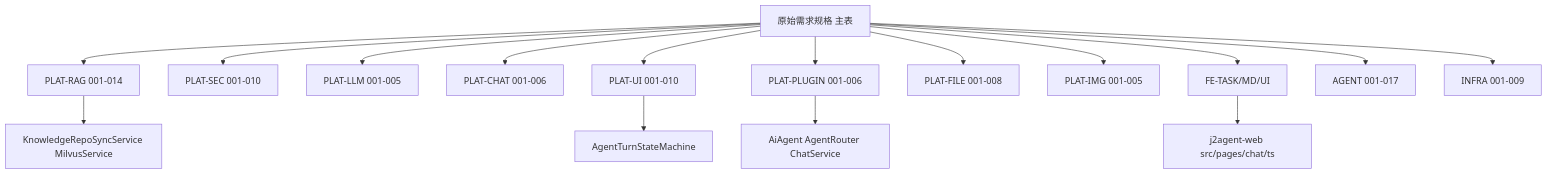
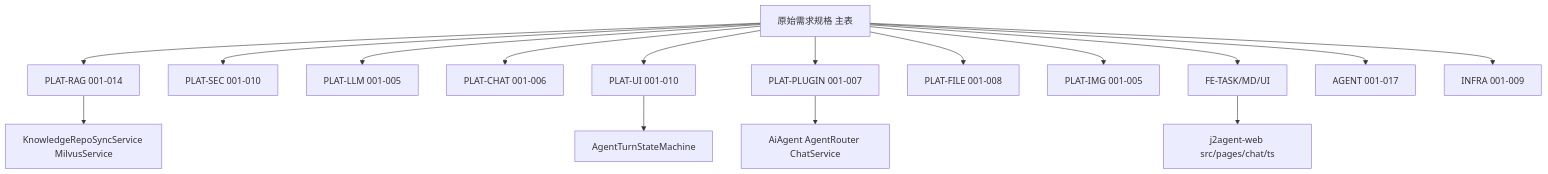
One commit to j2agent-ai/j2agent-docs changed the diagram in 原始需求规格/README.md. Above: the diagram before and after it, drawn with Mermaid. The commit also changed other lines of this file and 3 other files, not shown here.

````diff
--- a/原始需求规格/README.md
+++ b/原始需求规格/README.md
@@ -106,19 +109,19 @@
 ```mermaid
 flowchart TB
   main[原始需求规格 主表]
   main --> platRAG[PLAT-RAG 001-014]
   main --> platSEC[PLAT-SEC 001-010]
   main --> platLLM[PLAT-LLM 001-005]
   main --> platCHAT[PLAT-CHAT 001-006]
   main --> platUI[PLAT-UI 001-010]
-  main --> platPLUGIN[PLAT-PLUGIN 001-006]
+  main --> platPLUGIN[PLAT-PLUGIN 001-007]
   main --> platFILE[PLAT-FILE 001-008]
   main --> platIMG[PLAT-IMG 001-005]
   main --> fe[FE-TASK/MD/UI]
   main --> agent[AGENT 001-017]
   main --> infra[INFRA 001-009]
   platRAG --> codeRAG[KnowledgeRepoSyncService MilvusService]
   platPLUGIN --> codeAgent[AiAgent AgentRouter ChatService]
   platUI --> codeUI[AgentTurnStateMachine]
   fe --> codeFE[j2agent-web src/pages/chat/ts]
 ```
````
